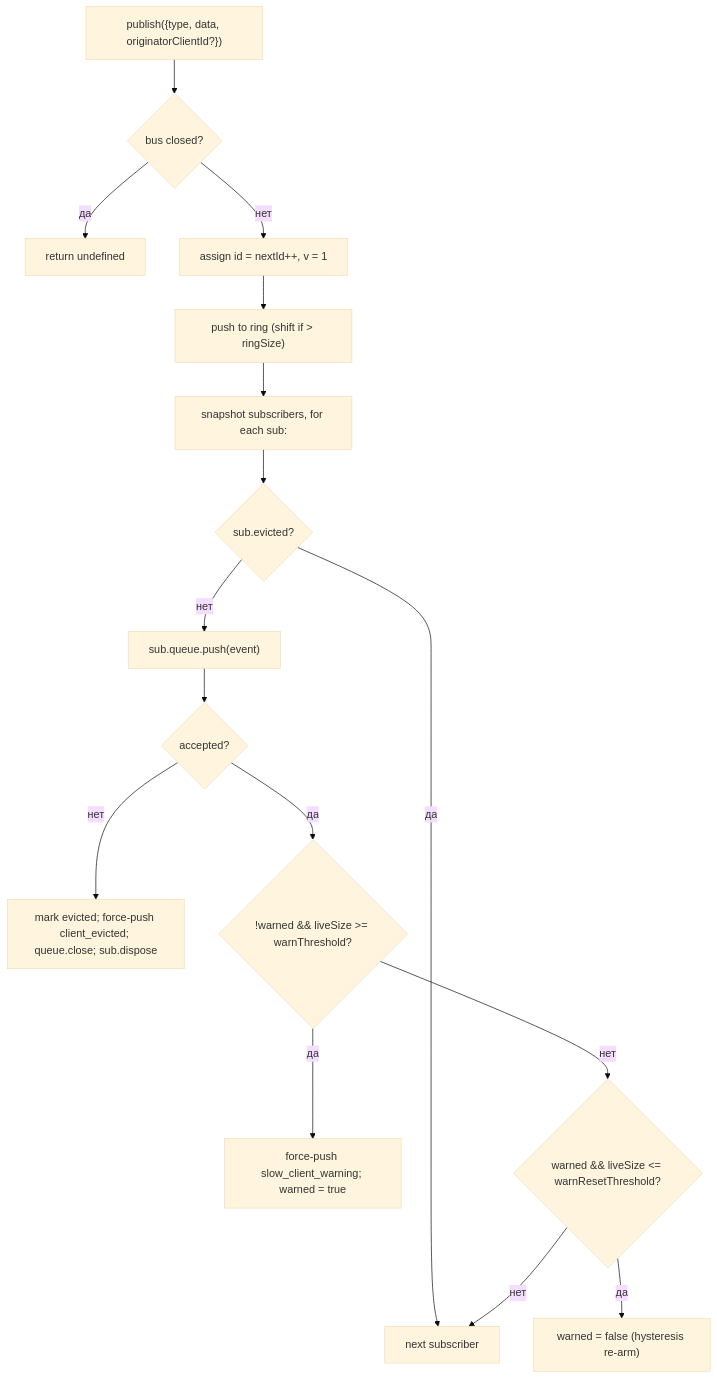
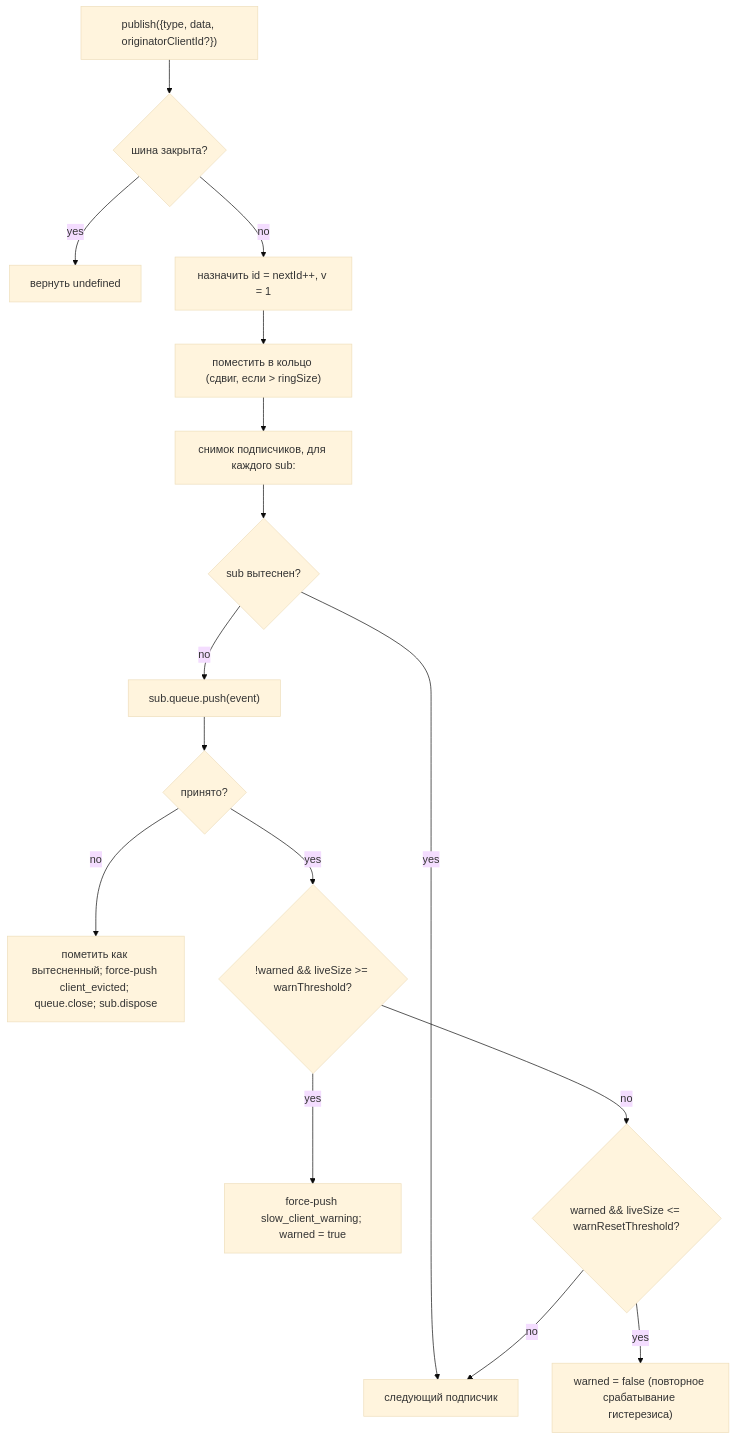
One commit to QwenLM/qwen-code-docs changed the first of 2 diagrams in website/content/ru/developers/daemon/10-event-bus.md. Above: the diagram before and after it, drawn with Mermaid (base theme). The commit also changed other lines of this file and 162 other files, not shown here.

````diff
--- a/website/content/ru/developers/daemon/10-event-bus.md
+++ b/website/content/ru/developers/daemon/10-event-bus.md
@@ -69,18 +70,18 @@
 ```mermaid
 flowchart TD
-    P["publish({type, data, originatorClientId?})"] --> C{"bus closed?"}
-    C -->|да| RU["return undefined"]
-    C -->|нет| AID["assign id = nextId++, v = 1"]
-    AID --> PR["push to ring (shift if > ringSize)"]
-    PR --> FAN["snapshot subscribers, for each sub:"]
-    FAN --> EVCK{"sub.evicted?"}
-    EVCK -->|да| NEXT[next subscriber]
-    EVCK -->|нет| PUSH["sub.queue.push(event)"]
-    PUSH --> OK{"accepted?"}
-    OK -->|нет| EVICT["mark evicted; force-push client_evicted; queue.close; sub.dispose"]
-    OK -->|да| WARN{"!warned && liveSize >= warnThreshold?"}
-    WARN -->|да| FW["force-push slow_client_warning; warned = true"]
-    WARN -->|нет| RES{"warned && liveSize <= warnResetThreshold?"}
-    RES -->|да| RA["warned = false (hysteresis re-arm)"]
-    RES -->|нет| NEXT
+    P["publish({type, data, originatorClientId?})"] --> C{"шина закрыта?"}
+    C -->|yes| RU["вернуть undefined"]
+    C -->|no| AID["назначить id = nextId++, v = 1"]
+    AID --> PR["поместить в кольцо (сдвиг, если > ringSize)"]
+    PR --> FAN["снимок подписчиков, для каждого sub:"]
+    FAN --> EVCK{"sub вытеснен?"}
+    EVCK -->|yes| NEXT[следующий подписчик]
+    EVCK -->|no| PUSH["sub.queue.push(event)"]
+    PUSH --> OK{"принято?"}
+    OK -->|no| EVICT["пометить как вытесненный; force-push client_evicted; queue.close; sub.dispose"]
+    OK -->|yes| WARN{"!warned && liveSize >= warnThreshold?"}
+    WARN -->|yes| FW["force-push slow_client_warning; warned = true"]
+    WARN -->|no| RES{"warned && liveSize <= warnResetThreshold?"}
+    RES -->|yes| RA["warned = false (повторное срабатывание гистерезиса)"]
+    RES -->|no| NEXT
 ```
````
